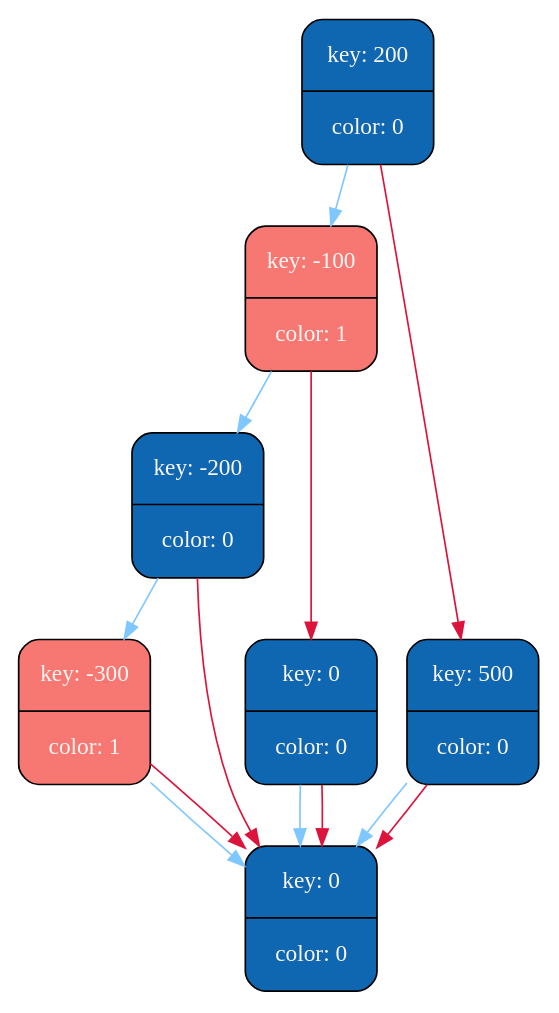
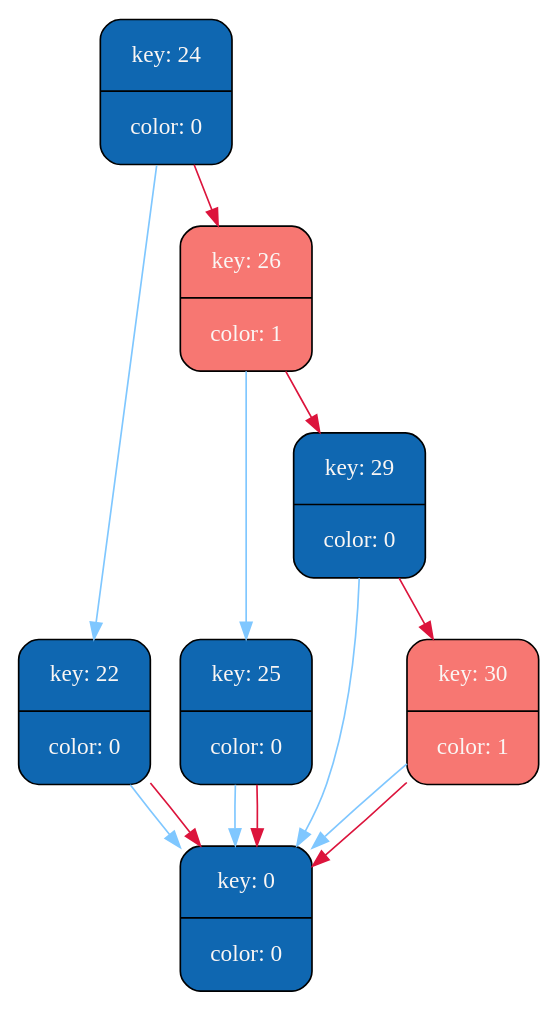
One commit to MaxGroshev/graph_algorithm changed the diagram in rb_tree/graph_lib/tree_dump.dot. Above: the diagram before and after it, drawn with Graphviz. The commit also changed 6 other files, not shown here.

```diff
--- a/rb_tree/graph_lib/tree_dump.dot
+++ b/rb_tree/graph_lib/tree_dump.dot
@@ -1,31 +1,31 @@
 digraph   
 {
 rankdir = ""
 splines = "true"
 
-node0x604000002550 [shape      = "Mrecord", width = 1.1, height = 1.21,  fillcolor   = "#0F67B1", style = "filled", fontcolor= " #FAF6F4", fontname = "Calibri", color = "0", label = "{key: 200| color: 0}"]
-node0x604000002550 -> node0x604000002510 [color = "#7FC7FF", style = "", constraint = true, fillcolor = "#7FC7FF",   fontcolor = "", fontname = "Calibri", label = ""];
-node0x604000002510 [shape      = "Mrecord", width = 1.1, height = 1.21,  fillcolor   = "#F77772", style = "filled", fontcolor= " #FAF6F4", fontname = "Calibri", color = "1", label = "{key: -100| color: 1}"]
-node0x604000002510 -> node0x6040000025d0 [color = "#7FC7FF", style = "", constraint = true, fillcolor = "#7FC7FF",   fontcolor = "", fontname = "Calibri", label = ""];
-node0x6040000025d0 [shape      = "Mrecord", width = 1.1, height = 1.21,  fillcolor   = "#0F67B1", style = "filled", fontcolor= " #FAF6F4", fontname = "Calibri", color = "0", label = "{key: -200| color: 0}"]
-node0x6040000025d0 -> node0x604000002650 [color = "#7FC7FF", style = "", constraint = true, fillcolor = "#7FC7FF",   fontcolor = "", fontname = "Calibri", label = ""];
-node0x604000002650 [shape      = "Mrecord", width = 1.1, height = 1.21,  fillcolor   = "#F77772", style = "filled", fontcolor= " #FAF6F4", fontname = "Calibri", color = "1", label = "{key: -300| color: 1}"]
-node0x604000002650 -> node0x6040000024d0 [color = "#7FC7FF", style = "", constraint = true, fillcolor = "#7FC7FF",   fontcolor = "", fontname = "Calibri", label = ""];
-node0x6040000024d0 [shape      = "Mrecord", width = 1.1, height = 1.21,  fillcolor   = "#0F67B1", style = "filled", fontcolor= " #FAF6F4", fontname = "Calibri", color = "0", label = "{key: 0| color: 0}"]
-node0x604000002650 -> node0x6040000024d0 [color = "#DC143C", style = "", constraint = true, fillcolor = "#DC143C",   fontcolor = "", fontname = "Calibri", label = ""];
-node0x6040000024d0 [shape      = "Mrecord", width = 1.1, height = 1.21,  fillcolor   = "#0F67B1", style = "filled", fontcolor= " #FAF6F4", fontname = "Calibri", color = "0", label = "{key: 0| color: 0}"]
-node0x6040000025d0 -> node0x6040000024d0 [color = "#DC143C", style = "", constraint = true, fillcolor = "#DC143C",   fontcolor = "", fontname = "Calibri", label = ""];
-node0x6040000024d0 [shape      = "Mrecord", width = 1.1, height = 1.21,  fillcolor   = "#0F67B1", style = "filled", fontcolor= " #FAF6F4", fontname = "Calibri", color = "0", label = "{key: 0| color: 0}"]
-node0x604000002510 -> node0x604000002610 [color = "#DC143C", style = "", constraint = true, fillcolor = "#DC143C",   fontcolor = "", fontname = "Calibri", label = ""];
-node0x604000002610 [shape      = "Mrecord", width = 1.1, height = 1.21,  fillcolor   = "#0F67B1", style = "filled", fontcolor= " #FAF6F4", fontname = "Calibri", color = "0", label = "{key: 0| color: 0}"]
-node0x604000002610 -> node0x6040000024d0 [color = "#7FC7FF", style = "", constraint = true, fillcolor = "#7FC7FF",   fontcolor = "", fontname = "Calibri", label = ""];
-node0x6040000024d0 [shape      = "Mrecord", width = 1.1, height = 1.21,  fillcolor   = "#0F67B1", style = "filled", fontcolor= " #FAF6F4", fontname = "Calibri", color = "0", label = "{key: 0| color: 0}"]
-node0x604000002610 -> node0x6040000024d0 [color = "#DC143C", style = "", constraint = true, fillcolor = "#DC143C",   fontcolor = "", fontname = "Calibri", label = ""];
-node0x6040000024d0 [shape      = "Mrecord", width = 1.1, height = 1.21,  fillcolor   = "#0F67B1", style = "filled", fontcolor= " #FAF6F4", fontname = "Calibri", color = "0", label = "{key: 0| color: 0}"]
-node0x604000002550 -> node0x604000002590 [color = "#DC143C", style = "", constraint = true, fillcolor = "#DC143C",   fontcolor = "", fontname = "Calibri", label = ""];
-node0x604000002590 [shape      = "Mrecord", width = 1.1, height = 1.21,  fillcolor   = "#0F67B1", style = "filled", fontcolor= " #FAF6F4", fontname = "Calibri", color = "0", label = "{key: 500| color: 0}"]
-node0x604000002590 -> node0x6040000024d0 [color = "#7FC7FF", style = "", constraint = true, fillcolor = "#7FC7FF",   fontcolor = "", fontname = "Calibri", label = ""];
-node0x6040000024d0 [shape      = "Mrecord", width = 1.1, height = 1.21,  fillcolor   = "#0F67B1", style = "filled", fontcolor= " #FAF6F4", fontname = "Calibri", color = "0", label = "{key: 0| color: 0}"]
-node0x604000002590 -> node0x6040000024d0 [color = "#DC143C", style = "", constraint = true, fillcolor = "#DC143C",   fontcolor = "", fontname = "Calibri", label = ""];
-node0x6040000024d0 [shape      = "Mrecord", width = 1.1, height = 1.21,  fillcolor   = "#0F67B1", style = "filled", fontcolor= " #FAF6F4", fontname = "Calibri", color = "0", label = "{key: 0| color: 0}"]
+node0x604000001190 [shape      = "Mrecord", width = 1.1, height = 1.21,  fillcolor   = "#0F67B1", style = "filled", fontcolor= " #FAF6F4", fontname = "Calibri", color = "0", label = "{key: 24| color: 0}"]
+node0x604000001190 -> node0x604000001150 [color = "#7FC7FF", style = "", constraint = true, fillcolor = "#7FC7FF",   fontcolor = "", fontname = "Calibri", label = ""];
+node0x604000001150 [shape      = "Mrecord", width = 1.1, height = 1.21,  fillcolor   = "#0F67B1", style = "filled", fontcolor= " #FAF6F4", fontname = "Calibri", color = "0", label = "{key: 22| color: 0}"]
+node0x604000001150 -> node0x604000000e10 [color = "#7FC7FF", style = "", constraint = true, fillcolor = "#7FC7FF",   fontcolor = "", fontname = "Calibri", label = ""];
+node0x604000000e10 [shape      = "Mrecord", width = 1.1, height = 1.21,  fillcolor   = "#0F67B1", style = "filled", fontcolor= " #FAF6F4", fontname = "Calibri", color = "0", label = "{key: 0| color: 0}"]
+node0x604000001150 -> node0x604000000e10 [color = "#DC143C", style = "", constraint = true, fillcolor = "#DC143C",   fontcolor = "", fontname = "Calibri", label = ""];
+node0x604000000e10 [shape      = "Mrecord", width = 1.1, height = 1.21,  fillcolor   = "#0F67B1", style = "filled", fontcolor= " #FAF6F4", fontname = "Calibri", color = "0", label = "{key: 0| color: 0}"]
+node0x604000001190 -> node0x604000001210 [color = "#DC143C", style = "", constraint = true, fillcolor = "#DC143C",   fontcolor = "", fontname = "Calibri", label = ""];
+node0x604000001210 [shape      = "Mrecord", width = 1.1, height = 1.21,  fillcolor   = "#F77772", style = "filled", fontcolor= " #FAF6F4", fontname = "Calibri", color = "1", label = "{key: 26| color: 1}"]
+node0x604000001210 -> node0x6040000011d0 [color = "#7FC7FF", style = "", constraint = true, fillcolor = "#7FC7FF",   fontcolor = "", fontname = "Calibri", label = ""];
+node0x6040000011d0 [shape      = "Mrecord", width = 1.1, height = 1.21,  fillcolor   = "#0F67B1", style = "filled", fontcolor= " #FAF6F4", fontname = "Calibri", color = "0", label = "{key: 25| color: 0}"]
+node0x6040000011d0 -> node0x604000000e10 [color = "#7FC7FF", style = "", constraint = true, fillcolor = "#7FC7FF",   fontcolor = "", fontname = "Calibri", label = ""];
+node0x604000000e10 [shape      = "Mrecord", width = 1.1, height = 1.21,  fillcolor   = "#0F67B1", style = "filled", fontcolor= " #FAF6F4", fontname = "Calibri", color = "0", label = "{key: 0| color: 0}"]
+node0x6040000011d0 -> node0x604000000e10 [color = "#DC143C", style = "", constraint = true, fillcolor = "#DC143C",   fontcolor = "", fontname = "Calibri", label = ""];
+node0x604000000e10 [shape      = "Mrecord", width = 1.1, height = 1.21,  fillcolor   = "#0F67B1", style = "filled", fontcolor= " #FAF6F4", fontname = "Calibri", color = "0", label = "{key: 0| color: 0}"]
+node0x604000001210 -> node0x604000001250 [color = "#DC143C", style = "", constraint = true, fillcolor = "#DC143C",   fontcolor = "", fontname = "Calibri", label = ""];
+node0x604000001250 [shape      = "Mrecord", width = 1.1, height = 1.21,  fillcolor   = "#0F67B1", style = "filled", fontcolor= " #FAF6F4", fontname = "Calibri", color = "0", label = "{key: 29| color: 0}"]
+node0x604000001250 -> node0x604000000e10 [color = "#7FC7FF", style = "", constraint = true, fillcolor = "#7FC7FF",   fontcolor = "", fontname = "Calibri", label = ""];
+node0x604000000e10 [shape      = "Mrecord", width = 1.1, height = 1.21,  fillcolor   = "#0F67B1", style = "filled", fontcolor= " #FAF6F4", fontname = "Calibri", color = "0", label = "{key: 0| color: 0}"]
+node0x604000001250 -> node0x604000001290 [color = "#DC143C", style = "", constraint = true, fillcolor = "#DC143C",   fontcolor = "", fontname = "Calibri", label = ""];
+node0x604000001290 [shape      = "Mrecord", width = 1.1, height = 1.21,  fillcolor   = "#F77772", style = "filled", fontcolor= " #FAF6F4", fontname = "Calibri", color = "1", label = "{key: 30| color: 1}"]
+node0x604000001290 -> node0x604000000e10 [color = "#7FC7FF", style = "", constraint = true, fillcolor = "#7FC7FF",   fontcolor = "", fontname = "Calibri", label = ""];
+node0x604000000e10 [shape      = "Mrecord", width = 1.1, height = 1.21,  fillcolor   = "#0F67B1", style = "filled", fontcolor= " #FAF6F4", fontname = "Calibri", color = "0", label = "{key: 0| color: 0}"]
+node0x604000001290 -> node0x604000000e10 [color = "#DC143C", style = "", constraint = true, fillcolor = "#DC143C",   fontcolor = "", fontname = "Calibri", label = ""];
+node0x604000000e10 [shape      = "Mrecord", width = 1.1, height = 1.21,  fillcolor   = "#0F67B1", style = "filled", fontcolor= " #FAF6F4", fontname = "Calibri", color = "0", label = "{key: 0| color: 0}"]
 }
```
